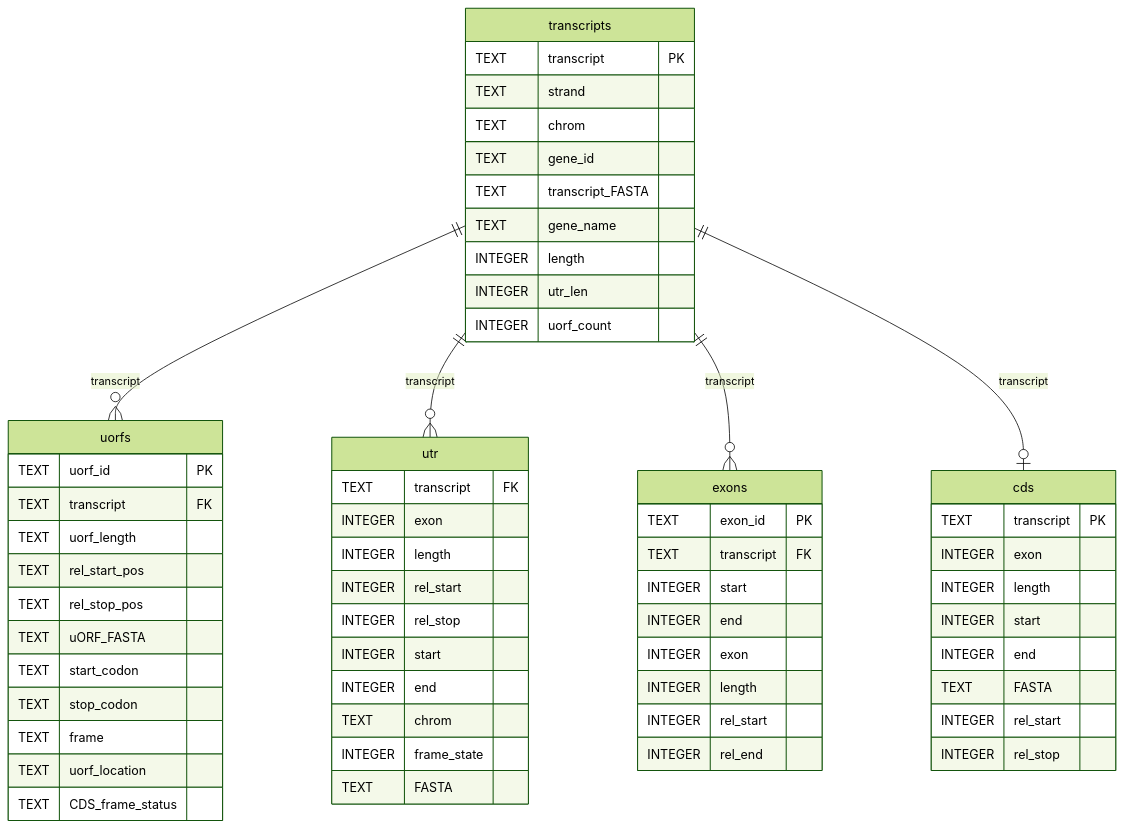
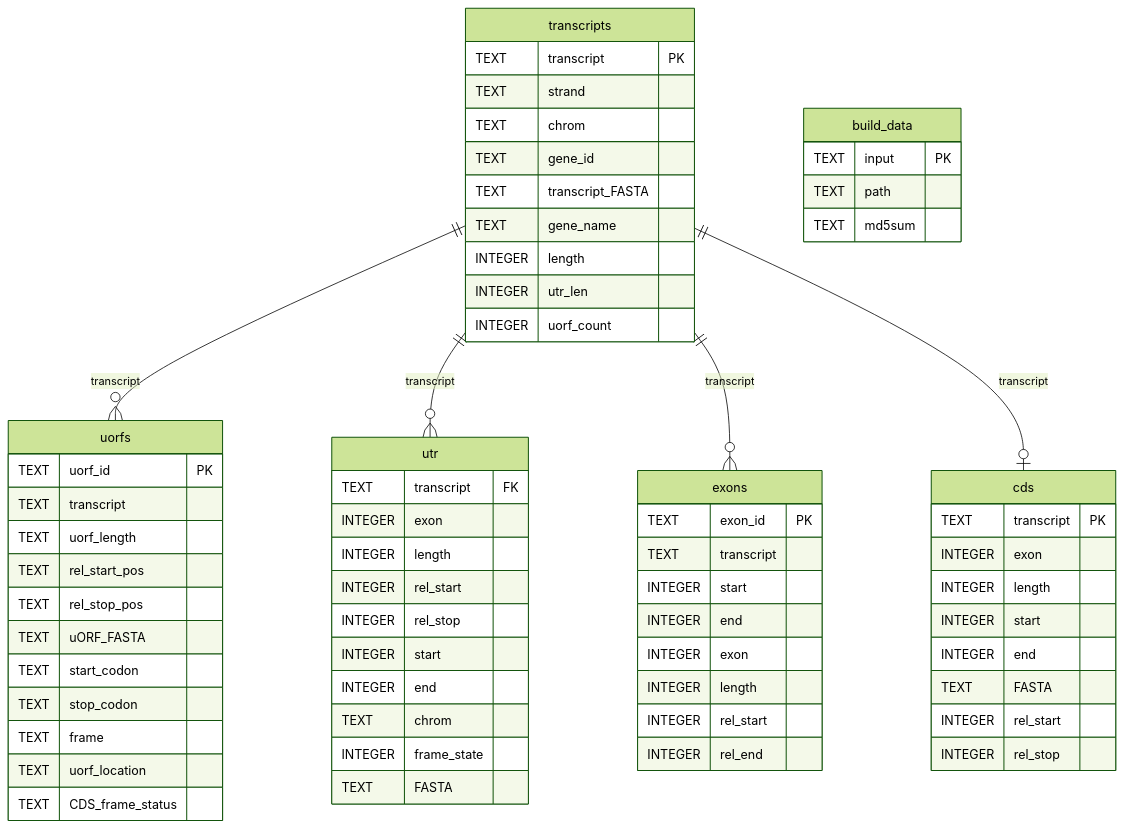
Before and after one commit to bbowles1/SURFA: the diagram in docs/schema.md, drawn with Mermaid (forest theme). The commit also changed other lines of this file, not shown here.

Commit message:
add build_data to schema

````diff
--- a/docs/schema.md
+++ b/docs/schema.md
@@ -10,64 +10,69 @@
 ```mermaid
 erDiagram
   transcripts ||--o{ uorfs : "transcript"
   transcripts ||--o{ utr : "transcript"
   transcripts ||--o{ exons : "transcript"
   transcripts ||--o| cds : "transcript"
 
+  build_data {
+    TEXT input PK
+    TEXT path
+    TEXT md5sum
+  }
   transcripts {
     TEXT transcript PK
     TEXT strand
     TEXT chrom
     TEXT gene_id
     TEXT transcript_FASTA
     TEXT gene_name
     INTEGER length
     INTEGER utr_len
     INTEGER uorf_count
   }
   uorfs {
     TEXT uorf_id PK
-    TEXT transcript FK
+    TEXT transcript
     TEXT uorf_length
     TEXT rel_start_pos
     TEXT rel_stop_pos
     TEXT uORF_FASTA
     TEXT start_codon
     TEXT stop_codon
     TEXT frame
     TEXT uorf_location
     TEXT CDS_frame_status
   }
   utr {
     TEXT transcript FK
     INTEGER exon
     INTEGER length
     INTEGER rel_start
     INTEGER rel_stop
     INTEGER start
     INTEGER end
     TEXT chrom
     INTEGER frame_state
     TEXT FASTA
   }
   exons {
     TEXT exon_id PK
-    TEXT transcript FK
+    TEXT transcript
     INTEGER start
     INTEGER end
     INTEGER exon
     INTEGER length
     INTEGER rel_start
     INTEGER rel_end
   }
   cds {
     TEXT transcript PK
     INTEGER exon
     INTEGER length
     INTEGER start
     INTEGER end
     TEXT FASTA
     INTEGER rel_start
     INTEGER rel_stop
   }
 ```
````
